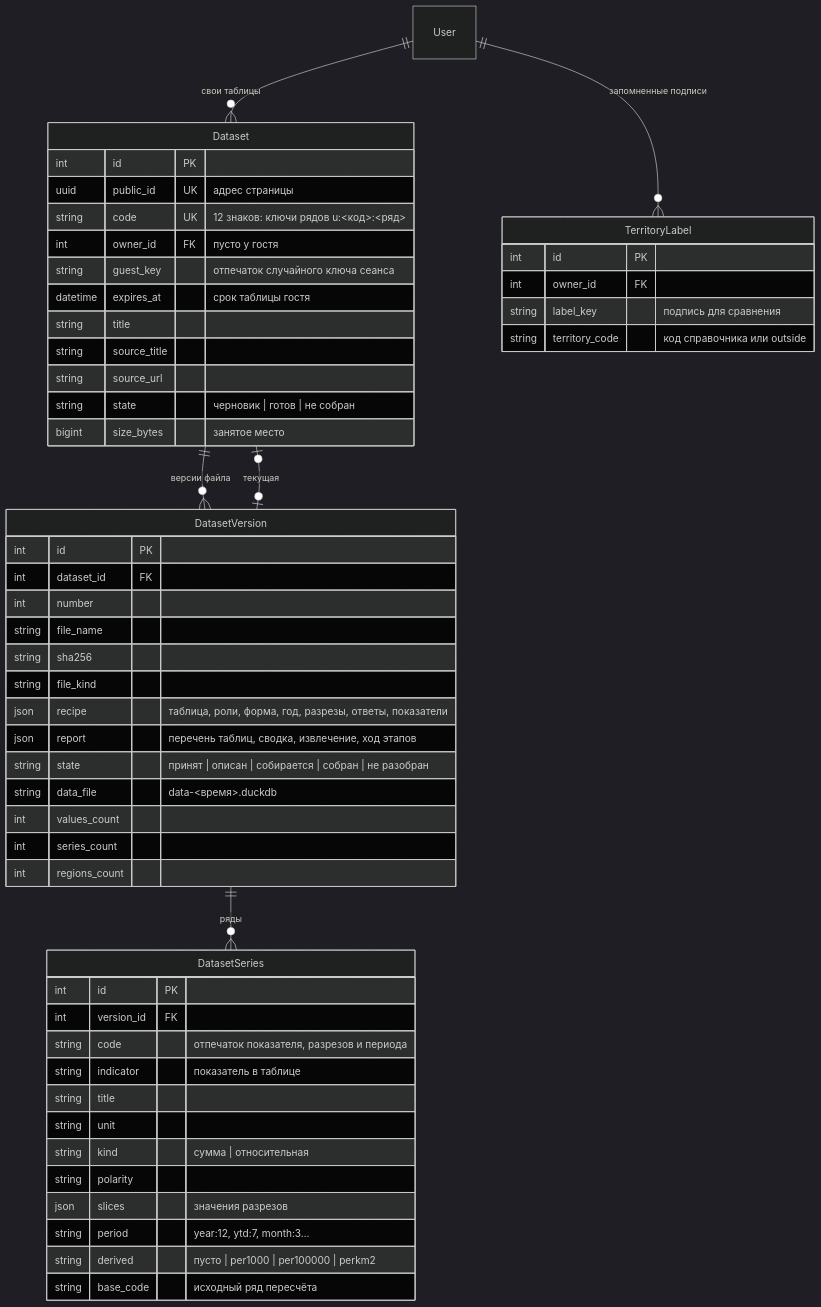
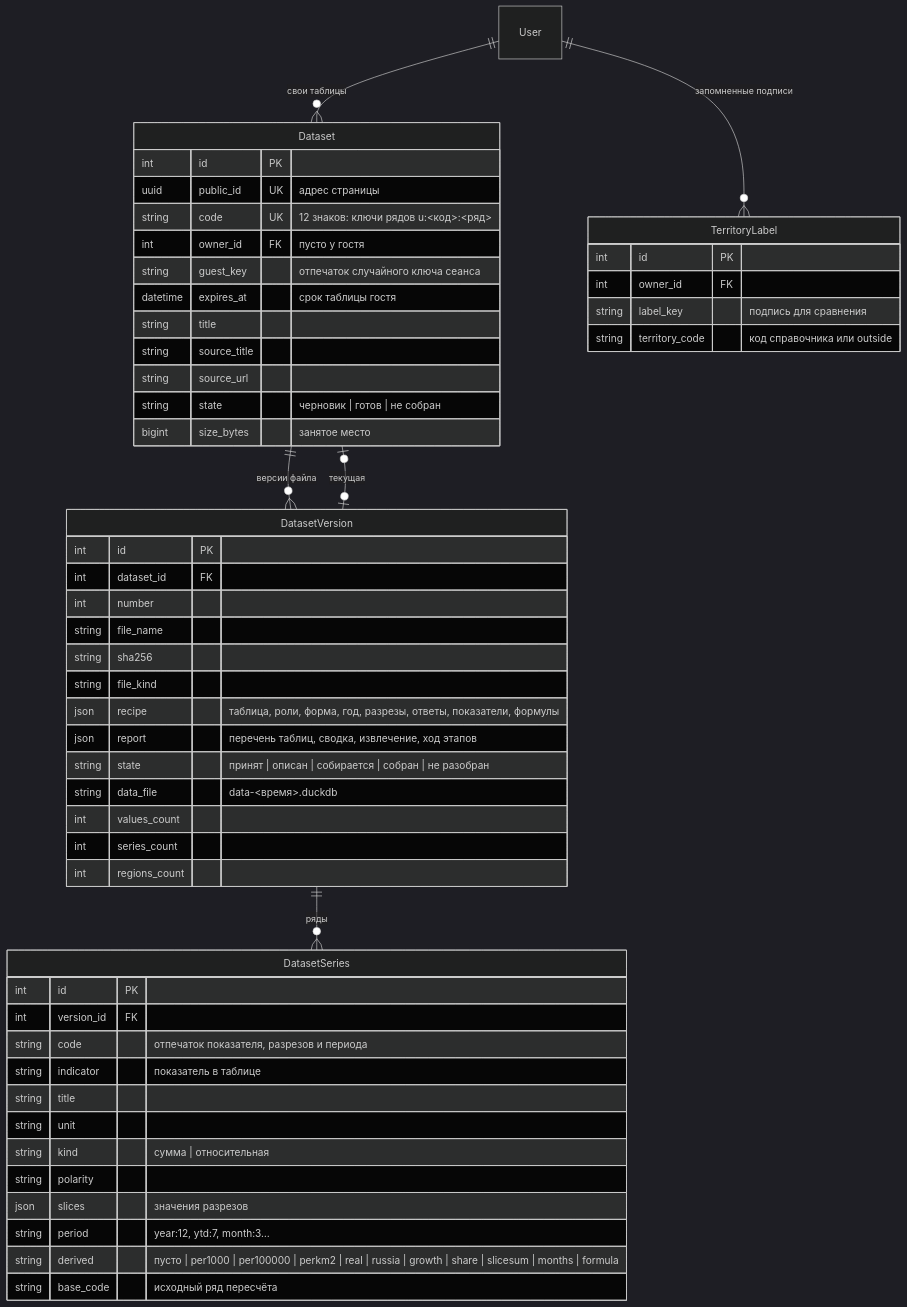
Before and after one commit to ht2473/RegionLens_v2: the third of 4 diagrams in docs/DATA_MODEL.md, drawn with Mermaid (dark theme). The commit also changed other lines of this file and 70 other files, not shown here.

````diff
--- a/docs/DATA_MODEL.md
+++ b/docs/DATA_MODEL.md
@@ -186,57 +186,57 @@
 ```mermaid
 erDiagram
     User ||--o{ Dataset : "свои таблицы"
     Dataset ||--o{ DatasetVersion : "версии файла"
     Dataset |o--o| DatasetVersion : "текущая"
     DatasetVersion ||--o{ DatasetSeries : "ряды"
     User ||--o{ TerritoryLabel : "запомненные подписи"
 
     Dataset {
         int id PK
         uuid public_id UK "адрес страницы"
         string code UK "12 знаков: ключи рядов u:<код>:<ряд>"
         int owner_id FK "пусто у гостя"
         string guest_key "отпечаток случайного ключа сеанса"
         datetime expires_at "срок таблицы гостя"
         string title
         string source_title
         string source_url
         string state "черновик | готов | не собран"
         bigint size_bytes "занятое место"
     }
     DatasetVersion {
         int id PK
         int dataset_id FK
         int number
         string file_name
         string sha256
         string file_kind
-        json recipe "таблица, роли, форма, год, разрезы, ответы, показатели"
+        json recipe "таблица, роли, форма, год, разрезы, ответы, показатели, формулы"
         json report "перечень таблиц, сводка, извлечение, ход этапов"
         string state "принят | описан | собирается | собран | не разобран"
         string data_file "data-<время>.duckdb"
         int values_count
         int series_count
         int regions_count
     }
     DatasetSeries {
         int id PK
         int version_id FK
         string code "отпечаток показателя, разрезов и периода"
         string indicator "показатель в таблице"
         string title
         string unit
         string kind "сумма | относительная"
         string polarity
         json slices "значения разрезов"
         string period "year:12, ytd:7, month:3…"
-        string derived "пусто | per1000 | per100000 | perkm2"
+        string derived "пусто | per1000 | per100000 | perkm2 | real | russia | growth | share | slicesum | months | formula"
         string base_code "исходный ряд пересчёта"
     }
     TerritoryLabel {
         int id PK
         int owner_id FK
         string label_key "подпись для сравнения"
         string territory_code "код справочника или outside"
     }
 ```
````
